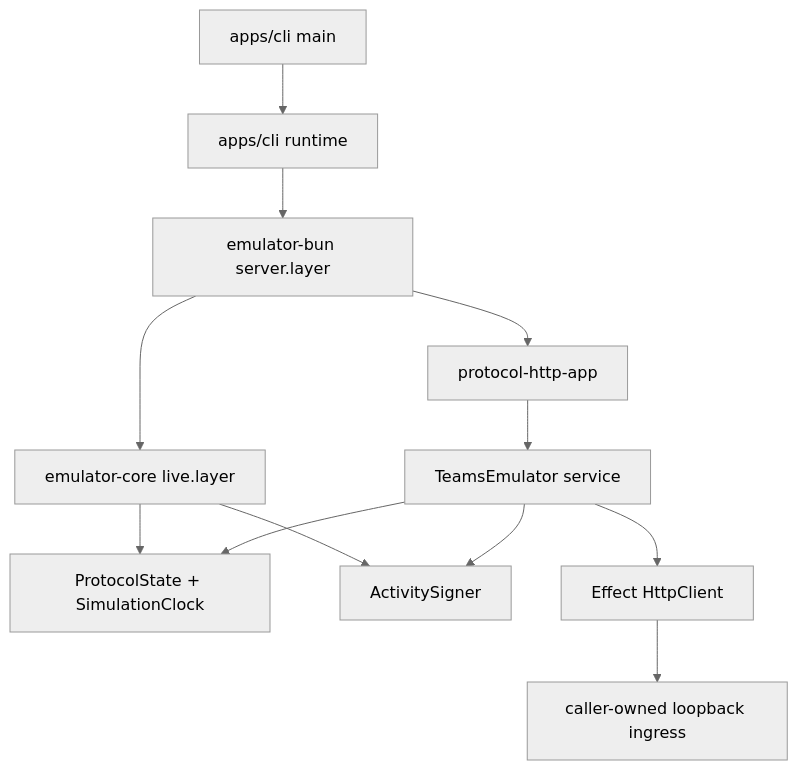
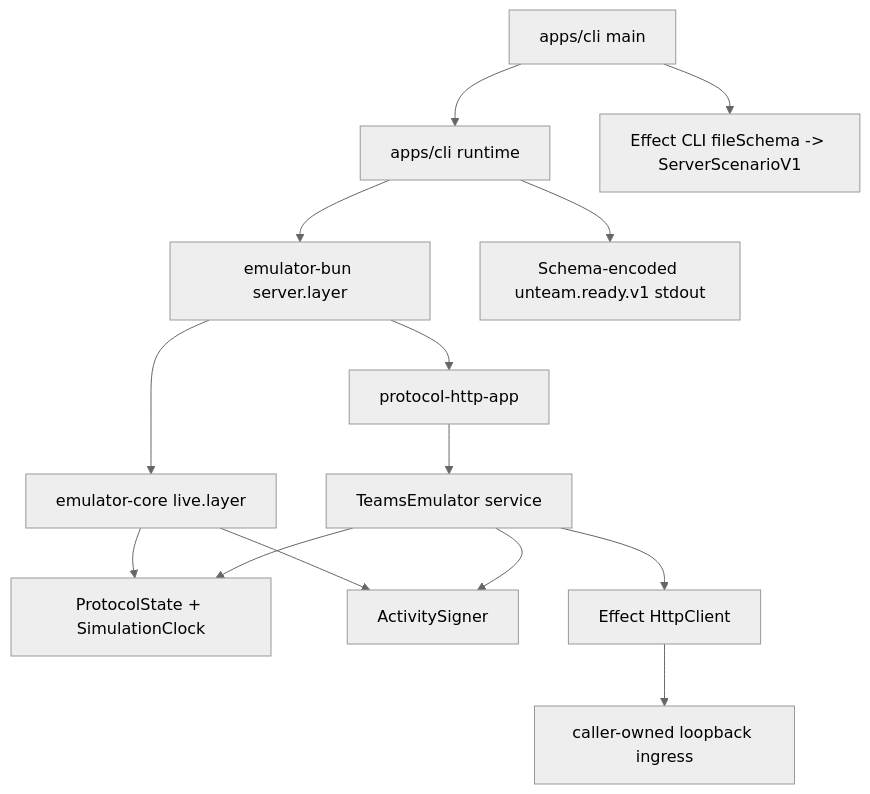
One commit to crcorbett/unteam changed the diagram in docs/architecture/owners.md. Above: the diagram before and after it, drawn with Mermaid (neutral theme). The commit also changed other lines of this file and 28 other files, not shown here.

Commit message:
feat(cli): add standalone scenario process

````diff
--- a/docs/architecture/owners.md
+++ b/docs/architecture/owners.md
@@ -13,14 +13,16 @@
 ```mermaid
 flowchart TD
   CLI["apps/cli main"] --> Runtime["apps/cli runtime"]
+  CLI --> Scenario["Effect CLI fileSchema -> ServerScenarioV1"]
   Runtime --> BunHost["emulator-bun server.layer"]
+  Runtime --> Ready["Schema-encoded unteam.ready.v1 stdout"]
   BunHost --> CoreLayer["emulator-core live.layer"]
   CoreLayer --> State["ProtocolState + SimulationClock"]
   CoreLayer --> Signer["ActivitySigner"]
   BunHost --> Router["protocol-http-app"]
   Router --> CoreService["TeamsEmulator service"]
   CoreService --> State
   CoreService --> Signer
   CoreService --> Client["Effect HttpClient"]
   Client --> Ingress["caller-owned loopback ingress"]
 ```
````
